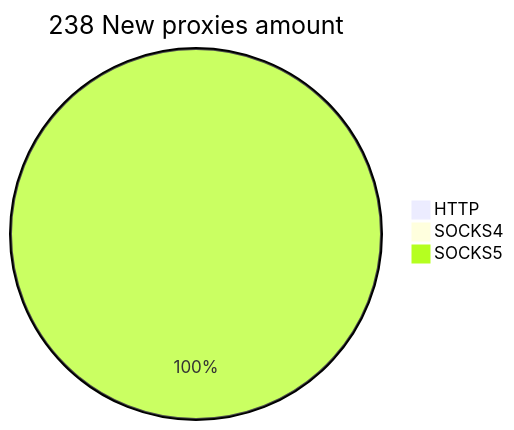
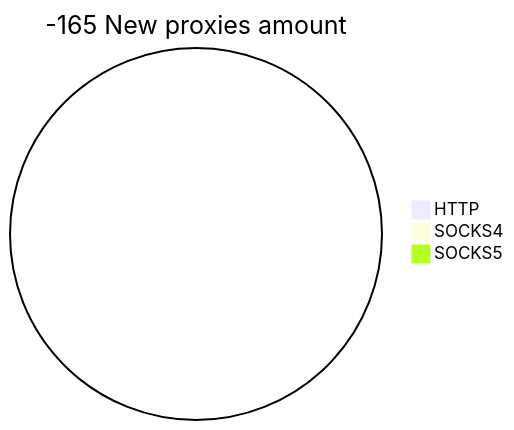
One commit to cutipu/proxylist changed the second of 2 diagrams in README.md. Above: the diagram before and after it, drawn with Mermaid. The commit also changed other lines of this file, not shown here.

````diff
--- a/README.md
+++ b/README.md
@@ -10,6 +10,6 @@
 ```mermaid
-pie title 238 New proxies amount
+pie title -165 New proxies amount
     "HTTP" : 0
     "SOCKS4" : 0
-    "SOCKS5" : 238
+    "SOCKS5" : 0
 ```
````
